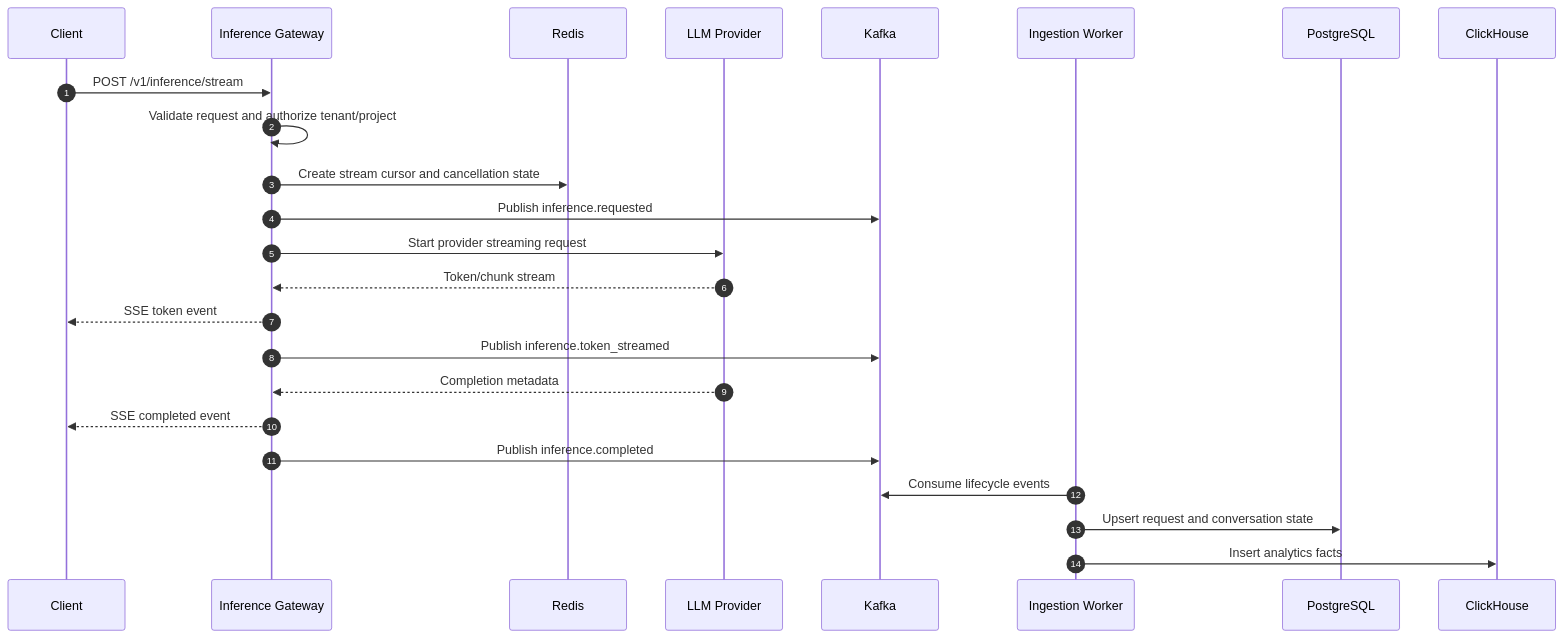
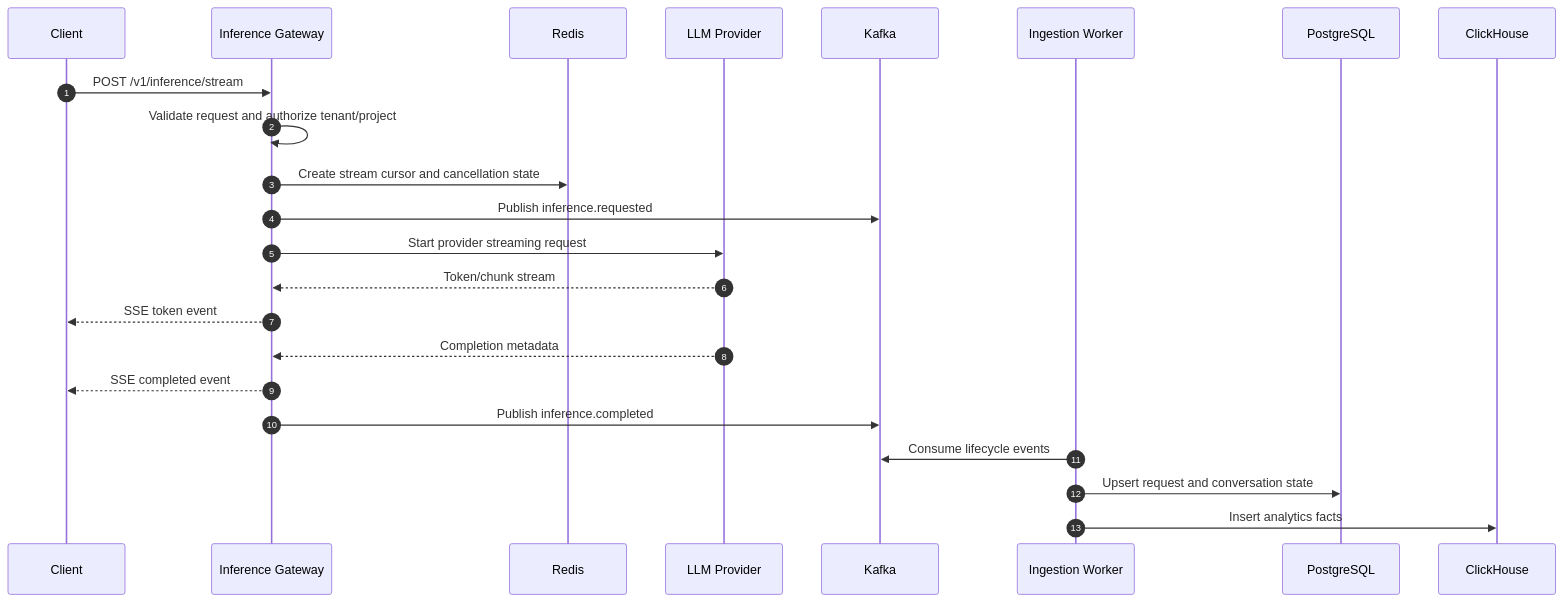
One commit to pankaj45/llm-observability changed the first of 7 diagrams in docs/architecture/sequence-flows.md. Above: the diagram before and after it, drawn with Mermaid. The commit also changed other lines of this file and 53 other files, not shown here.

Commit message:
phase 2 implementation: Inference gateway service

````diff
--- a/docs/architecture/sequence-flows.md
+++ b/docs/architecture/sequence-flows.md
@@ -5,27 +5,26 @@
 ```mermaid
 sequenceDiagram
     autonumber
     participant Client
     participant Gateway as Inference Gateway
     participant Redis
     participant Provider as LLM Provider
     participant Kafka
     participant Worker as Ingestion Worker
     participant PG as PostgreSQL
     participant CH as ClickHouse
 
     Client->>Gateway: POST /v1/inference/stream
     Gateway->>Gateway: Validate request and authorize tenant/project
     Gateway->>Redis: Create stream cursor and cancellation state
     Gateway->>Kafka: Publish inference.requested
     Gateway->>Provider: Start provider streaming request
     Provider-->>Gateway: Token/chunk stream
     Gateway-->>Client: SSE token event
-    Gateway->>Kafka: Publish inference.token_streamed
     Provider-->>Gateway: Completion metadata
     Gateway-->>Client: SSE completed event
     Gateway->>Kafka: Publish inference.completed
     Worker->>Kafka: Consume lifecycle events
     Worker->>PG: Upsert request and conversation state
     Worker->>CH: Insert analytics facts
 ```
````
